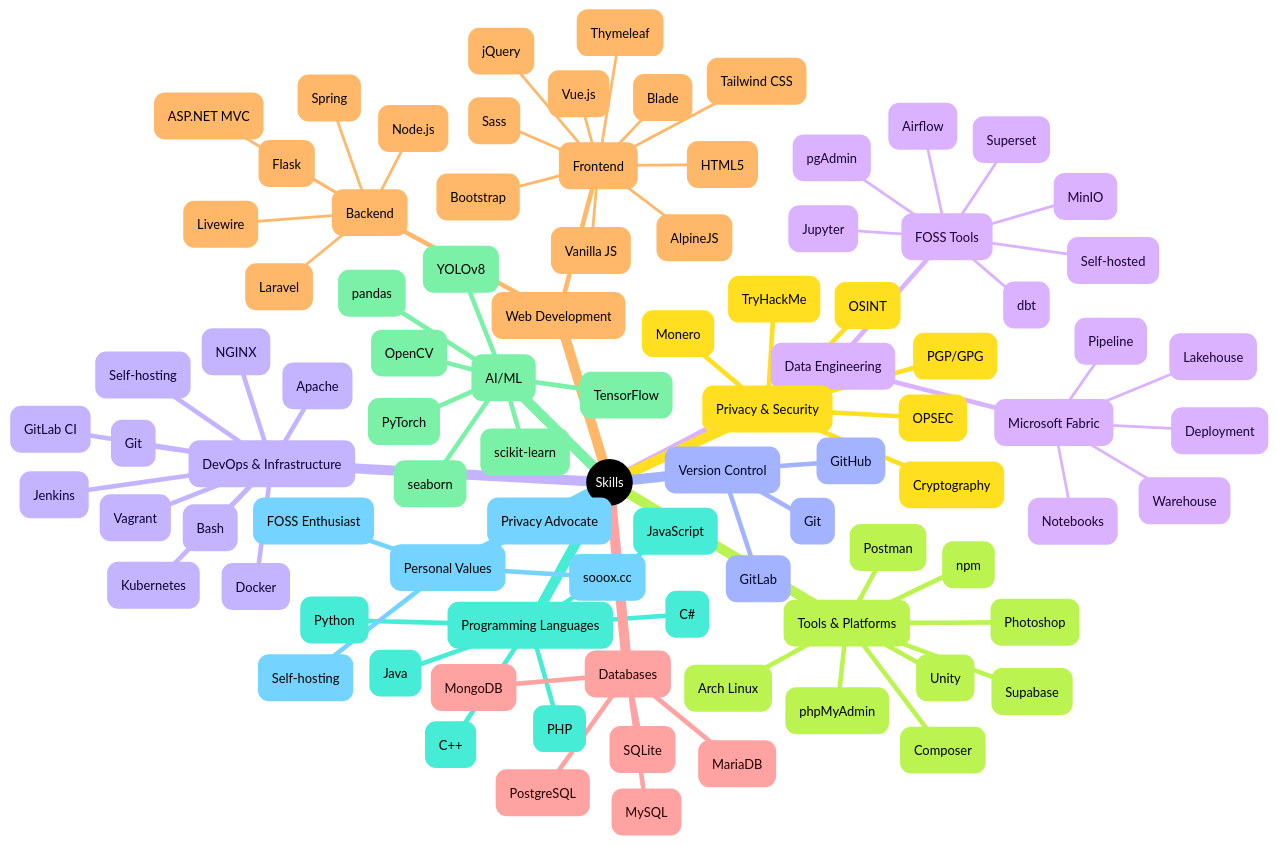
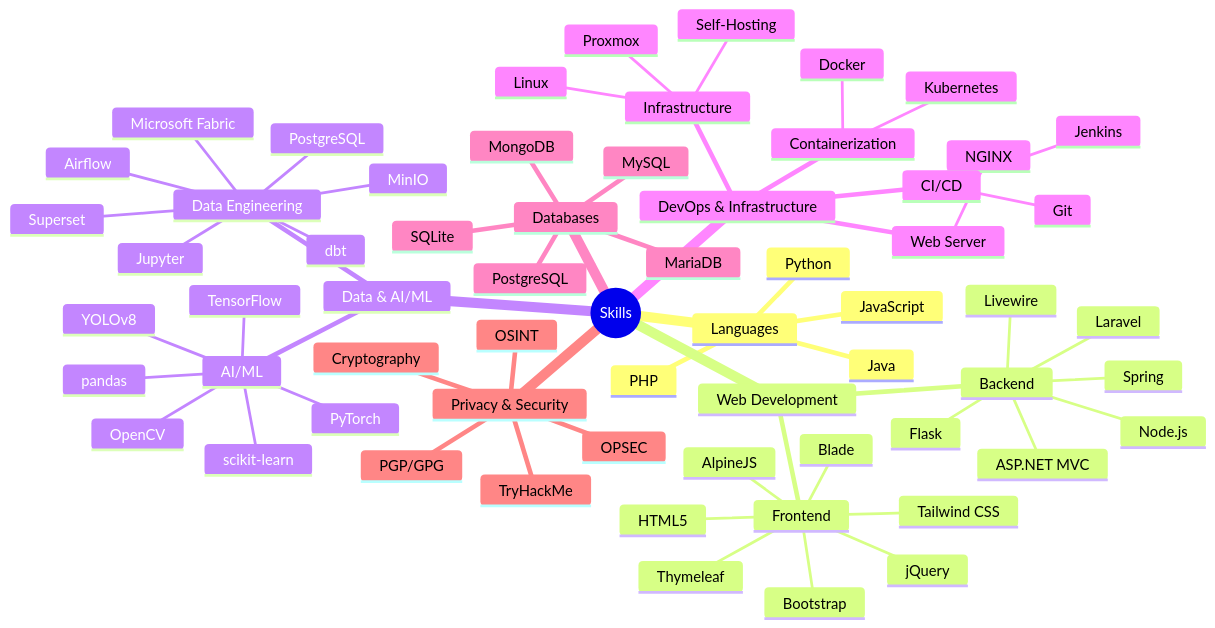
One commit to sooox-cc/sooox-cc changed the diagram in README.md. Above: the diagram before and after it, drawn with Mermaid.

````diff
--- a/README.md
+++ b/README.md
@@ -7,99 +7,66 @@
 ```mermaid
----
-config:
-  theme: redux-dark-color
----
 mindmap
-((Skills))
-  Programming Languages
-    PHP
-    Java
-    C#
-    Python
-    JavaScript
-    C++
-  Web Development
-    Backend
-      Laravel
-      Flask
-      Node.js
-      Spring
-      ASP.NET MVC
-      Livewire
-    Frontend
-      Vue.js
-      jQuery
-      Vanilla JS
-      AlpineJS
-      Tailwind CSS
-      Sass
-      Bootstrap
-      HTML5
-      Blade
-      Thymeleaf
-  Data Engineering
-    Microsoft Fabric
-      Pipeline
-      Notebooks
-      Deployment
-      Warehouse
-      Lakehouse
-    FOSS Tools
-      Jupyter
-      Airflow
-      MinIO
-      dbt
-      pgAdmin
-      Superset
-      Self-hosted
-  AI/ML
-    TensorFlow
-    PyTorch
-    OpenCV
-    scikit-learn
-    pandas
-    seaborn
-    YOLOv8
-  DevOps & Infrastructure
-    Docker
-    Kubernetes
-    NGINX
-    Jenkins
-    Git
-    GitLab CI
-    Apache
-    Vagrant
-    Bash
-    Self-hosting
-  Databases
-    PostgreSQL
-    MySQL
-    SQLite
-    MongoDB
-    MariaDB
-  Privacy & Security
-    OSINT
-    OPSEC
-    Cryptography
-    PGP/GPG
-    TryHackMe
-    Monero
-  Version Control
-    Git
-    GitHub
-    GitLab
-  Tools & Platforms
-    npm
-    phpMyAdmin
-    Composer
-    Postman
-    Photoshop
-    Supabase
-    Unity
-    Arch Linux
-  Personal Values
-    Privacy Advocate
-    FOSS Enthusiast
-    Self-hosting
-    sooox.cc
+    root((Skills))
+      Languages
+        PHP
+        Python
+        JavaScript
+        Java
+      Web Development
+        Backend
+          Laravel
+          Livewire
+          ASP.NET MVC
+          Flask
+          Node.js
+          Spring
+        Frontend
+          AlpineJS
+          jQuery
+          Tailwind CSS
+          Bootstrap
+          HTML5
+          Blade
+          Thymeleaf
+      Data & AI/ML
+        Data Engineering
+          Microsoft Fabric
+          dbt
+          PostgreSQL
+          Jupyter
+          Airflow
+          MinIO
+          Superset
+        AI/ML
+          TensorFlow
+          PyTorch
+          OpenCV
+          scikit-learn
+          YOLOv8
+          pandas
+      DevOps & Infrastructure
+        Containerization
+          Docker
+          Kubernetes
+        Web Server
+          NGINX
+        CI/CD
+          Git
+          Jenkins
+        Infrastructure
+          Proxmox
+          Self-Hosting
+          Linux
+      Databases
+        PostgreSQL
+        MySQL
+        SQLite
+        MongoDB
+        MariaDB
+      Privacy & Security
+        OSINT
+        OPSEC
+        Cryptography
+        PGP/GPG
+        TryHackMe
 ```
````
